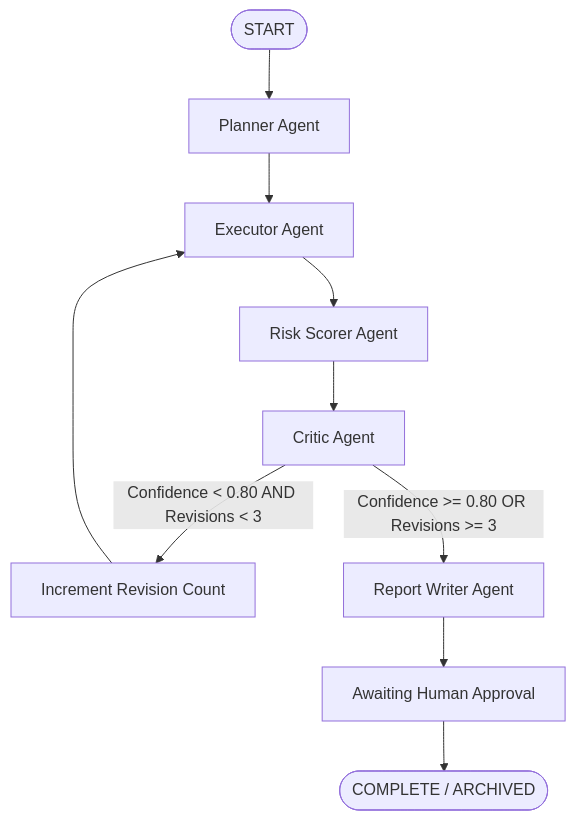
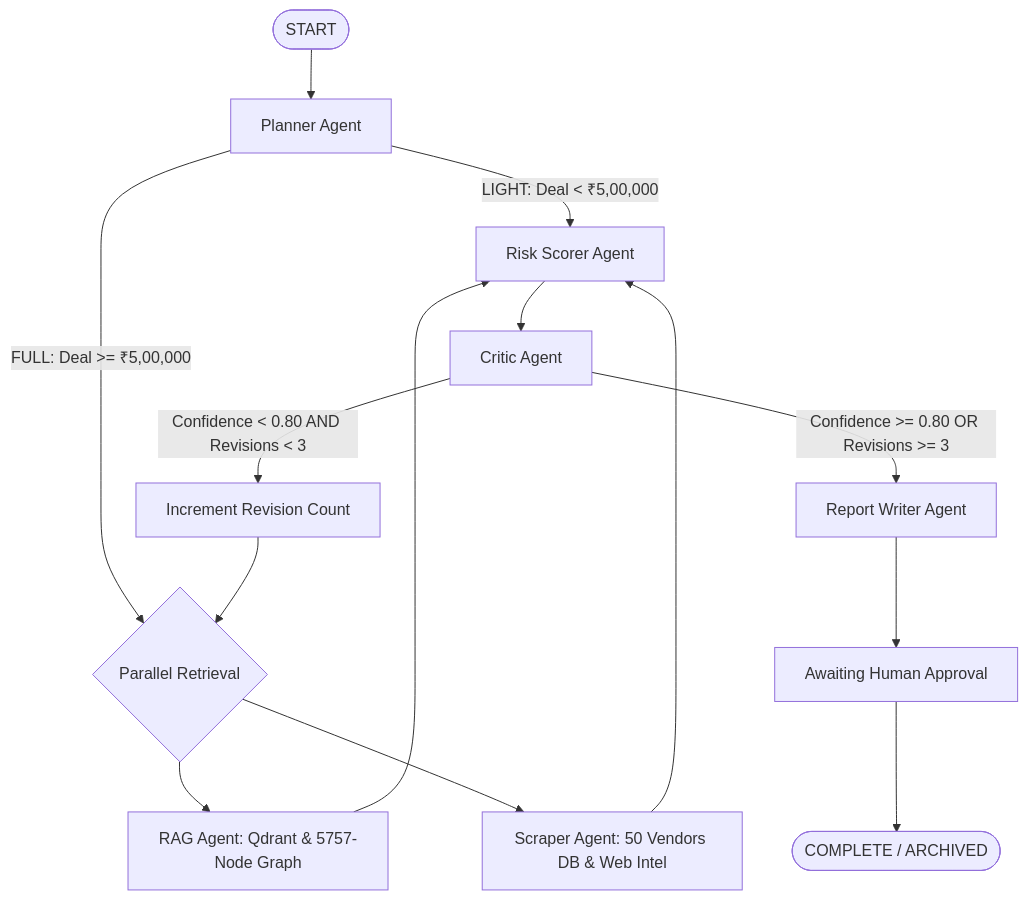
Before and after one commit to Praveen-2305/pharmProcure: the diagram in project_information/02_MULTI_AGENT_WORKFLOW_AND_PROMPTS.md, drawn with Mermaid. The commit also changed other lines of this file, not shown here.

````diff
--- a/project_information/02_MULTI_AGENT_WORKFLOW_AND_PROMPTS.md
+++ b/project_information/02_MULTI_AGENT_WORKFLOW_AND_PROMPTS.md
@@ -14,14 +14,22 @@
 ```mermaid
 graph TD
     Start([START]) --> Planner[Planner Agent]
-    Planner --> Executor[Executor Agent]
-    Executor --> Scorer[Risk Scorer Agent]
+    
+    Planner -->|LIGHT: Deal < ₹5,00,000| Scorer[Risk Scorer Agent]
+    Planner -->|FULL: Deal >= ₹5,00,000| ParallelBranch{Parallel Retrieval}
+    
+    ParallelBranch --> RAGNode[RAG Agent: Qdrant & 5757-Node Graph]
+    ParallelBranch --> ScraperNode[Scraper Agent: 50 Vendors DB & Web Intel]
+    
+    RAGNode --> Scorer
+    ScraperNode --> Scorer
+    
     Scorer --> Critic[Critic Agent]
     
     Critic -->|Confidence < 0.80 AND Revisions < 3| RevisionLoop[Increment Revision Count]
-    RevisionLoop --> Executor
+    RevisionLoop --> ParallelBranch
     
     Critic -->|Confidence >= 0.80 OR Revisions >= 3| Writer[Report Writer Agent]
     Writer --> HumanGate[Awaiting Human Approval]
     HumanGate --> End([COMPLETE / ARCHIVED])
 ```
````
